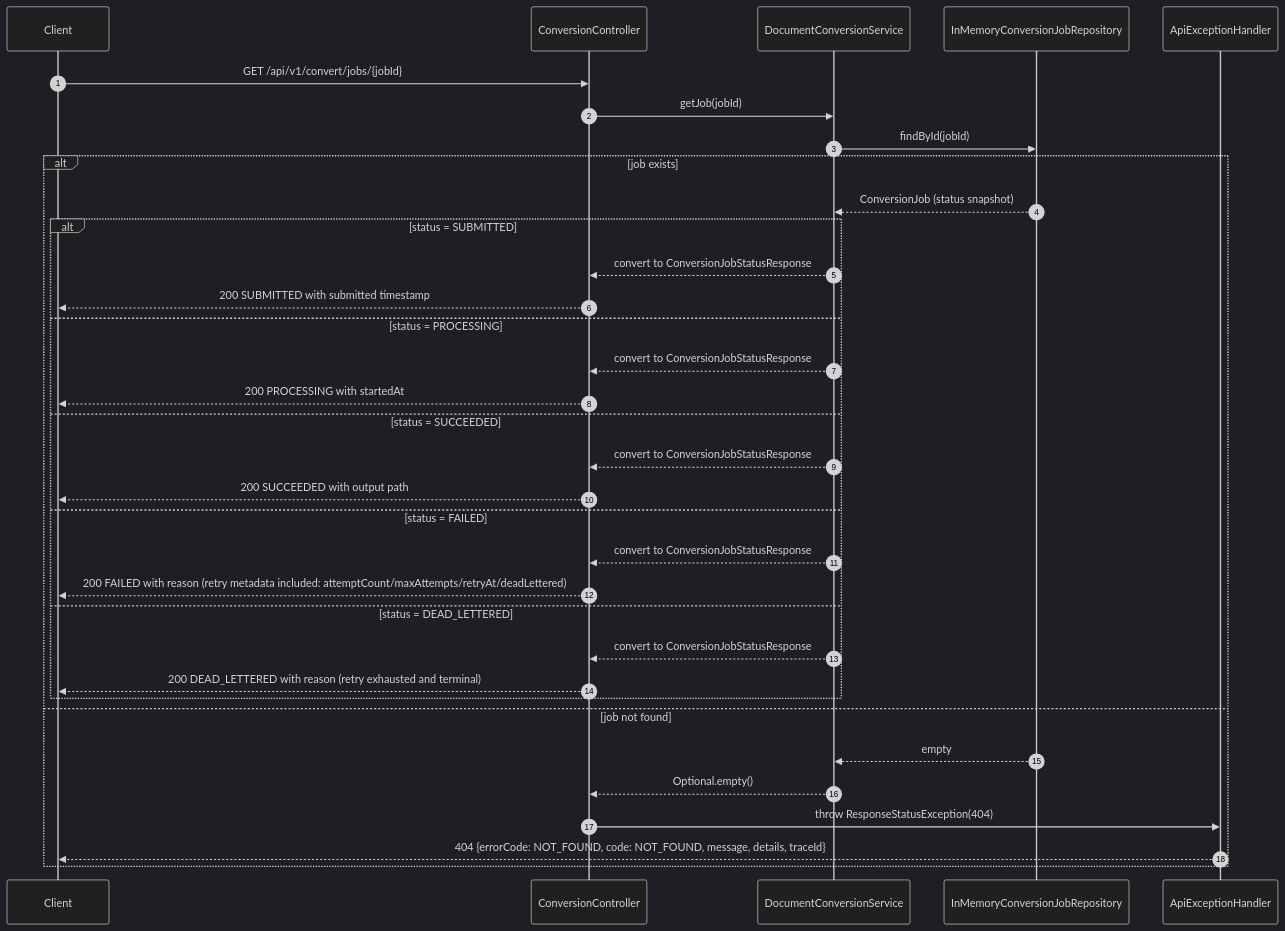
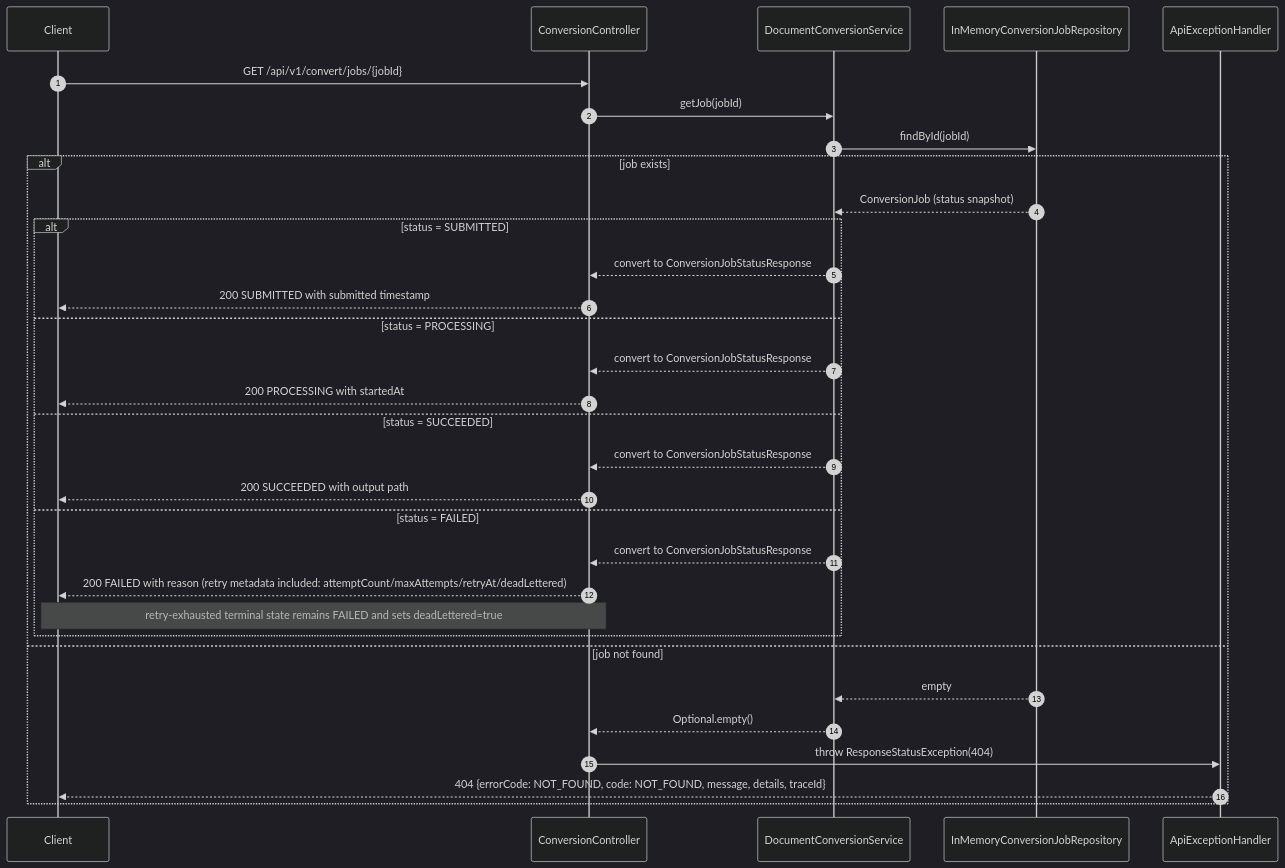
The second of 2 diagrams in docs/diagrams/status-flow.md (seonghobae/clearfolio), drawn with Mermaid (dark theme) before and after one commit. The commit also changed 23 other files, not shown here.

````diff
--- a/docs/diagrams/status-flow.md
+++ b/docs/diagrams/status-flow.md
@@ -25,39 +25,37 @@
 ```mermaid
 sequenceDiagram
   autonumber
   participant C as Client
   participant Ctl as ConversionController
   participant Svc as DocumentConversionService
   participant Repo as InMemoryConversionJobRepository
   participant EH as ApiExceptionHandler
 
   C->>Ctl: GET /api/v1/convert/jobs/{jobId}
   Ctl->>Svc: getJob(jobId)
   Svc->>Repo: findById(jobId)
 
   alt job exists
     Repo-->>Svc: ConversionJob (status snapshot)
     alt status = SUBMITTED
       Svc-->>Ctl: convert to ConversionJobStatusResponse
       Ctl-->>C: 200 SUBMITTED with submitted timestamp
     else status = PROCESSING
       Svc-->>Ctl: convert to ConversionJobStatusResponse
       Ctl-->>C: 200 PROCESSING with startedAt
     else status = SUCCEEDED
       Svc-->>Ctl: convert to ConversionJobStatusResponse
       Ctl-->>C: 200 SUCCEEDED with output path
     else status = FAILED
       Svc-->>Ctl: convert to ConversionJobStatusResponse
       Ctl-->>C: 200 FAILED with reason (retry metadata included: attemptCount/maxAttempts/retryAt/deadLettered)
-    else status = DEAD_LETTERED
-      Svc-->>Ctl: convert to ConversionJobStatusResponse
-      Ctl-->>C: 200 DEAD_LETTERED with reason (retry exhausted and terminal)
+      Note over Ctl,C: retry-exhausted terminal state remains FAILED and sets deadLettered=true
     end
 
   else job not found
     Repo-->>Svc: empty
     Svc-->>Ctl: Optional.empty()
     Ctl->>EH: throw ResponseStatusException(404)
     EH-->>C: 404 {errorCode: NOT_FOUND, code: NOT_FOUND, message, details, traceId}
   end
 ```
````
